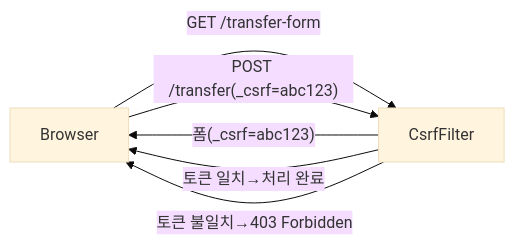
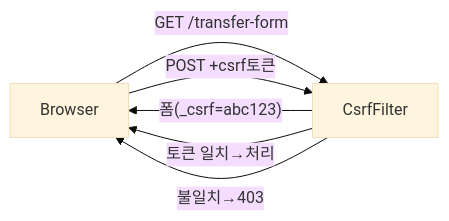
The second of 3 diagrams in _posts/security/2021-05-19-사이트 간 요청 위조-CSRF, CsrfFilter.md (yjkim2015/yjkim2015.github.io), drawn with Mermaid (base theme) before and after one commit. The commit also changed other lines of this file and 245 other files, not shown here.

First line of the commit message:
Mermaid 다이어그램 전면 수정 + 면접 포인트 접기/펼치기 + DB 데드락 페이지

````diff
--- a/_posts/security/2021-05-19-사이트 간 요청 위조-CSRF, CsrfFilter.md
+++ b/_posts/security/2021-05-19-사이트 간 요청 위조-CSRF, CsrfFilter.md
@@ -52,8 +52,8 @@
 ```mermaid
 graph LR
     B["Browser"] -->|"GET /transfer-form"| S["CsrfFilter"]
     S -->|"폼(_csrf=abc123)"| B
-    B -->|"POST /transfer(_csrf=abc123)"| S
-    S -->|"토큰 일치→처리 완료"| B
-    S -->|"토큰 불일치→403 Forbidden"| B
+    B -->|"POST +csrf토큰"| S
+    S -->|"토큰 일치→처리"| B
+    S -->|"불일치→403"| B
 ```
````
